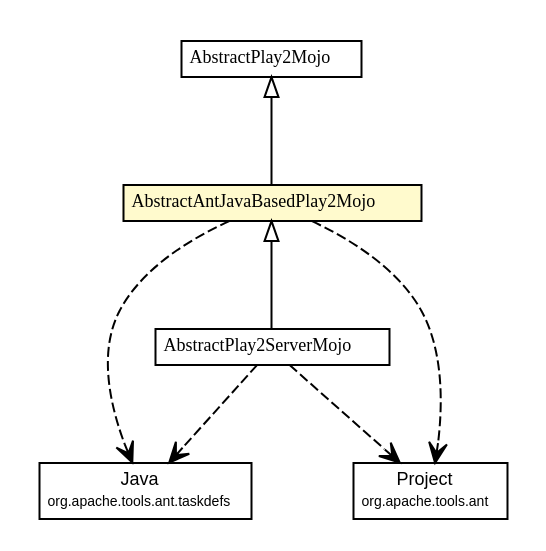
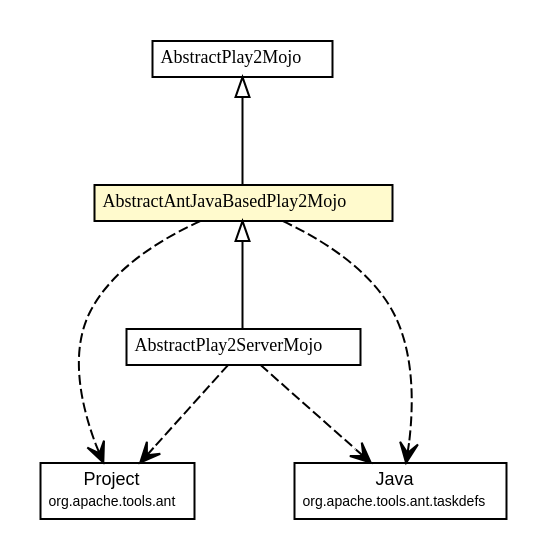
Before and after one commit to play2-maven-plugin/play2-maven-plugin.github.io: the diagram in play2-maven-plugin/1.0.0-beta5-SNAPSHOT/play2-maven-plugin/apidocs/com/google/code/play2/plugin/AbstractAntJavaBasedPlay2Mojo.dot, drawn with Graphviz. The commit also changed 309 other files, not shown here.

```diff
--- a/play2-maven-plugin/1.0.0-beta5-SNAPSHOT/play2-maven-plugin/apidocs/com/google/code/play2/plugin/AbstractAntJavaBasedPlay2Mojo.dot
+++ b/play2-maven-plugin/1.0.0-beta5-SNAPSHOT/play2-maven-plugin/apidocs/com/google/code/play2/plugin/AbstractAntJavaBasedPlay2Mojo.dot
@@ -1,56 +1,56 @@
 #!/usr/local/bin/dot
 #
 # Class diagram 
 # Generated by UMLGraph version R5_6-24-gf6e263 (http://www.umlgraph.org/)
 #
 
 digraph G {
 	edge [fontname="arial",fontsize=10,labelfontname="arial",labelfontsize=10];
 	node [fontname="arial",fontsize=10,shape=plaintext];
 	nodesep=0.25;
 	ranksep=0.5;
 	// com.google.code.play2.plugin.AbstractPlay2ServerMojo
 	c83 [label=<<table title="com.google.code.play2.plugin.AbstractPlay2ServerMojo" border="0" cellborder="1" cellspacing="0" cellpadding="2" port="p" href="./AbstractPlay2ServerMojo.html">
 		<tr><td><table border="0" cellspacing="0" cellpadding="1">
 <tr><td align="center" balign="center"><font face="arial italic"> AbstractPlay2ServerMojo </font></td></tr>
 		</table></td></tr>
 		</table>>, URL="./AbstractPlay2ServerMojo.html", fontname="arial", fontcolor="black", fontsize=9.0];
 	// com.google.code.play2.plugin.AbstractPlay2Mojo
 	c96 [label=<<table title="com.google.code.play2.plugin.AbstractPlay2Mojo" border="0" cellborder="1" cellspacing="0" cellpadding="2" port="p" href="./AbstractPlay2Mojo.html">
 		<tr><td><table border="0" cellspacing="0" cellpadding="1">
 <tr><td align="center" balign="center"><font face="arial italic"> AbstractPlay2Mojo </font></td></tr>
 		</table></td></tr>
 		</table>>, URL="./AbstractPlay2Mojo.html", fontname="arial", fontcolor="black", fontsize=9.0];
 	// com.google.code.play2.plugin.AbstractAntJavaBasedPlay2Mojo
 	c109 [label=<<table title="com.google.code.play2.plugin.AbstractAntJavaBasedPlay2Mojo" border="0" cellborder="1" cellspacing="0" cellpadding="2" port="p" bgcolor="lemonChiffon" href="./AbstractAntJavaBasedPlay2Mojo.html">
 		<tr><td><table border="0" cellspacing="0" cellpadding="1">
 <tr><td align="center" balign="center"><font face="arial italic"> AbstractAntJavaBasedPlay2Mojo </font></td></tr>
 		</table></td></tr>
 		</table>>, URL="./AbstractAntJavaBasedPlay2Mojo.html", fontname="arial", fontcolor="black", fontsize=9.0];
 	//com.google.code.play2.plugin.AbstractPlay2ServerMojo extends com.google.code.play2.plugin.AbstractAntJavaBasedPlay2Mojo
 	c109:p -> c83:p [dir=back,arrowtail=empty];
 	//com.google.code.play2.plugin.AbstractAntJavaBasedPlay2Mojo extends com.google.code.play2.plugin.AbstractPlay2Mojo
 	c96:p -> c109:p [dir=back,arrowtail=empty];
+	// com.google.code.play2.plugin.AbstractPlay2ServerMojo DEPEND org.apache.tools.ant.Project
+	c83:p -> c169:p [taillabel="", label="", headlabel="", fontname="arial", fontcolor="black", fontsize=10.0, color="black", arrowhead=open, style=dashed];
 	// com.google.code.play2.plugin.AbstractPlay2ServerMojo DEPEND org.apache.tools.ant.taskdefs.Java
-	c83:p -> c163:p [taillabel="", label="", headlabel="", fontname="arial", fontcolor="black", fontsize=10.0, color="black", arrowhead=open, style=dashed];
-	// com.google.code.play2.plugin.AbstractPlay2ServerMojo DEPEND org.apache.tools.ant.Project
-	c83:p -> c176:p [taillabel="", label="", headlabel="", fontname="arial", fontcolor="black", fontsize=10.0, color="black", arrowhead=open, style=dashed];
+	c83:p -> c182:p [taillabel="", label="", headlabel="", fontname="arial", fontcolor="black", fontsize=10.0, color="black", arrowhead=open, style=dashed];
+	// com.google.code.play2.plugin.AbstractAntJavaBasedPlay2Mojo DEPEND org.apache.tools.ant.Project
+	c109:p -> c169:p [taillabel="", label="", headlabel="", fontname="arial", fontcolor="black", fontsize=10.0, color="black", arrowhead=open, style=dashed];
 	// com.google.code.play2.plugin.AbstractAntJavaBasedPlay2Mojo DEPEND org.apache.tools.ant.taskdefs.Java
-	c109:p -> c163:p [taillabel="", label="", headlabel="", fontname="arial", fontcolor="black", fontsize=10.0, color="black", arrowhead=open, style=dashed];
-	// com.google.code.play2.plugin.AbstractAntJavaBasedPlay2Mojo DEPEND org.apache.tools.ant.Project
-	c109:p -> c176:p [taillabel="", label="", headlabel="", fontname="arial", fontcolor="black", fontsize=10.0, color="black", arrowhead=open, style=dashed];
+	c109:p -> c182:p [taillabel="", label="", headlabel="", fontname="arial", fontcolor="black", fontsize=10.0, color="black", arrowhead=open, style=dashed];
 	// org.apache.tools.ant.Project
-	c176 [label=<<table title="org.apache.tools.ant.Project" border="0" cellborder="1" cellspacing="0" cellpadding="2" port="p" href="http://play2-maven-plugin.github.io/external-apidocs/org/apache/ant/ant/1.9.4/org/apache/tools/ant/Project.html">
+	c169 [label=<<table title="org.apache.tools.ant.Project" border="0" cellborder="1" cellspacing="0" cellpadding="2" port="p" href="http://play2-maven-plugin.github.io/external-apidocs/org/apache/ant/ant/1.9.4/org/apache/tools/ant/Project.html">
 		<tr><td><table border="0" cellspacing="0" cellpadding="1">
 <tr><td align="center" balign="center"> Project </td></tr>
 <tr><td align="center" balign="center"><font point-size="7.0"> org.apache.tools.ant </font></td></tr>
 		</table></td></tr>
 		</table>>, URL="http://play2-maven-plugin.github.io/external-apidocs/org/apache/ant/ant/1.9.4/org/apache/tools/ant/Project.html", fontname="arial", fontcolor="black", fontsize=9.0];
 	// org.apache.tools.ant.taskdefs.Java
-	c163 [label=<<table title="org.apache.tools.ant.taskdefs.Java" border="0" cellborder="1" cellspacing="0" cellpadding="2" port="p" href="http://play2-maven-plugin.github.io/external-apidocs/org/apache/ant/ant/1.9.4/org/apache/tools/ant/taskdefs/Java.html">
+	c182 [label=<<table title="org.apache.tools.ant.taskdefs.Java" border="0" cellborder="1" cellspacing="0" cellpadding="2" port="p" href="http://play2-maven-plugin.github.io/external-apidocs/org/apache/ant/ant/1.9.4/org/apache/tools/ant/taskdefs/Java.html">
 		<tr><td><table border="0" cellspacing="0" cellpadding="1">
 <tr><td align="center" balign="center"> Java </td></tr>
 <tr><td align="center" balign="center"><font point-size="7.0"> org.apache.tools.ant.taskdefs </font></td></tr>
 		</table></td></tr>
 		</table>>, URL="http://play2-maven-plugin.github.io/external-apidocs/org/apache/ant/ant/1.9.4/org/apache/tools/ant/taskdefs/Java.html", fontname="arial", fontcolor="black", fontsize=9.0];
 }
```
